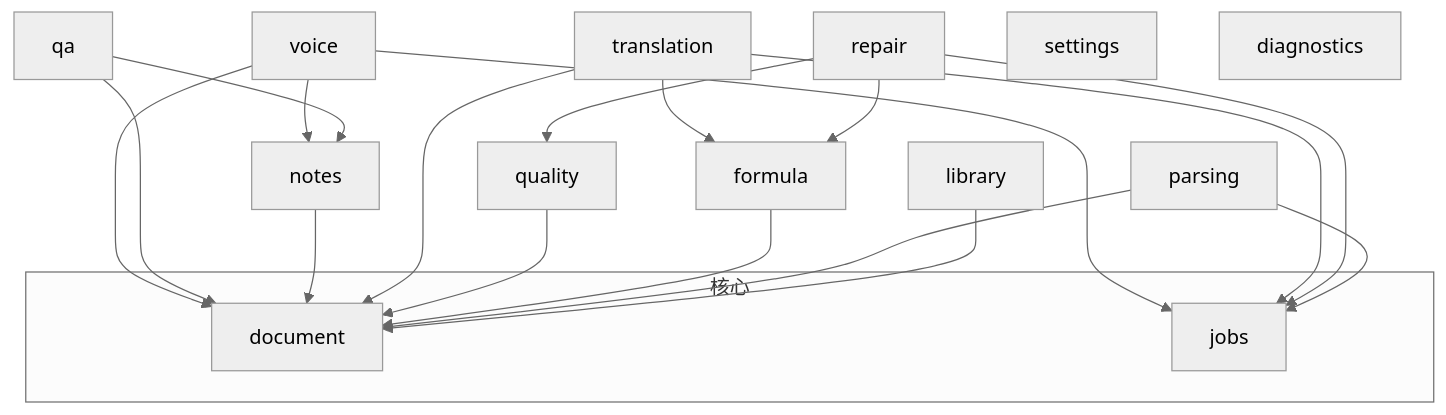
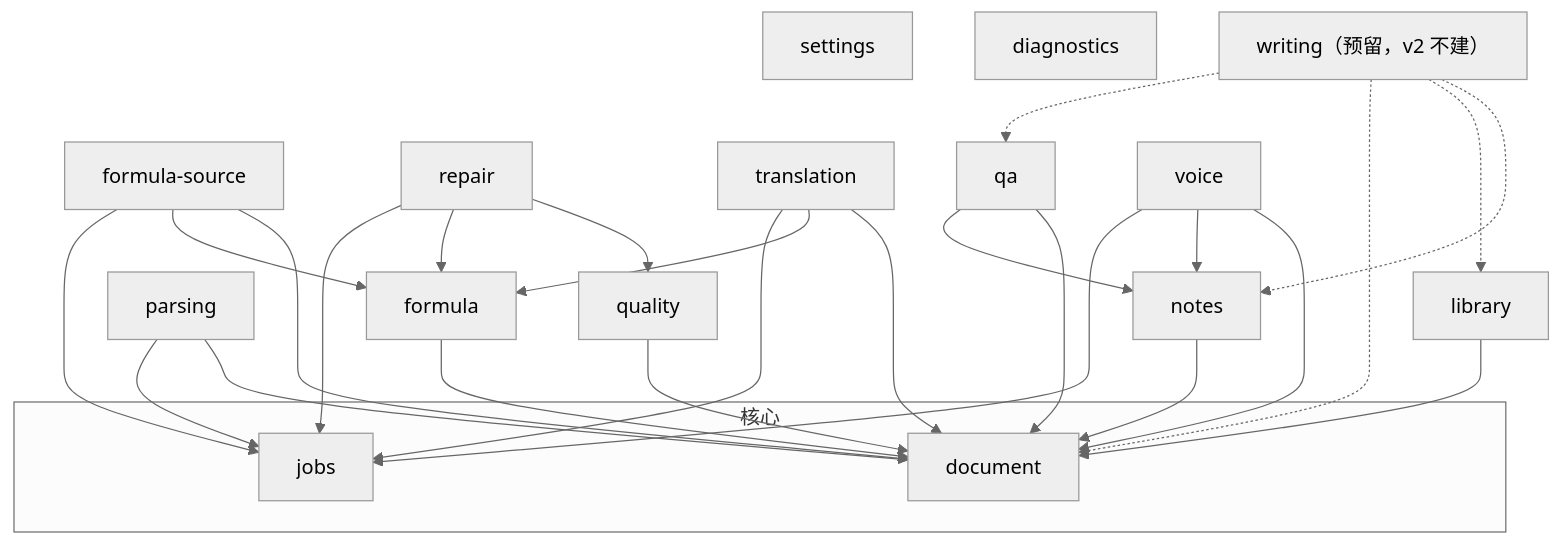
The second of 5 diagrams in ARCHITECTURE.md (wisdom-km/open-immerse-v2), drawn with Mermaid (neutral theme) before and after one commit. The commit also changed other lines of this file, not shown here.

First line of the commit message:
docs(architecture): 按 Q1–Q12 决定修订：UI–core 解耦（Q3）、formula-source（Q4）、writing 预留（Q5）、Jev 本机/远程（Q9）、全路径评分（Q1）

````diff
--- a/ARCHITECTURE.md
+++ b/ARCHITECTURE.md
@@ -183,26 +336,33 @@
 ```mermaid
 flowchart TD
   subgraph core["核心"]
     document
     jobs
   end
   library --> document
   parsing --> document
   parsing --> jobs
   formula --> document
+  fsrc["formula-source"] --> document
+  fsrc --> formula
+  fsrc --> jobs
   quality --> document
   repair --> quality
   repair --> formula
   repair --> jobs
   translation --> document
   translation --> formula
   translation --> jobs
   notes --> document
   qa --> document
   qa --> notes
   voice --> document
   voice --> notes
   voice --> jobs
   settings
   diagnostics
+  writing["writing（预留，v2 不建）"] -.-> notes
+  writing -.-> library
+  writing -.-> document
+  writing -.-> qa
 ```
````
